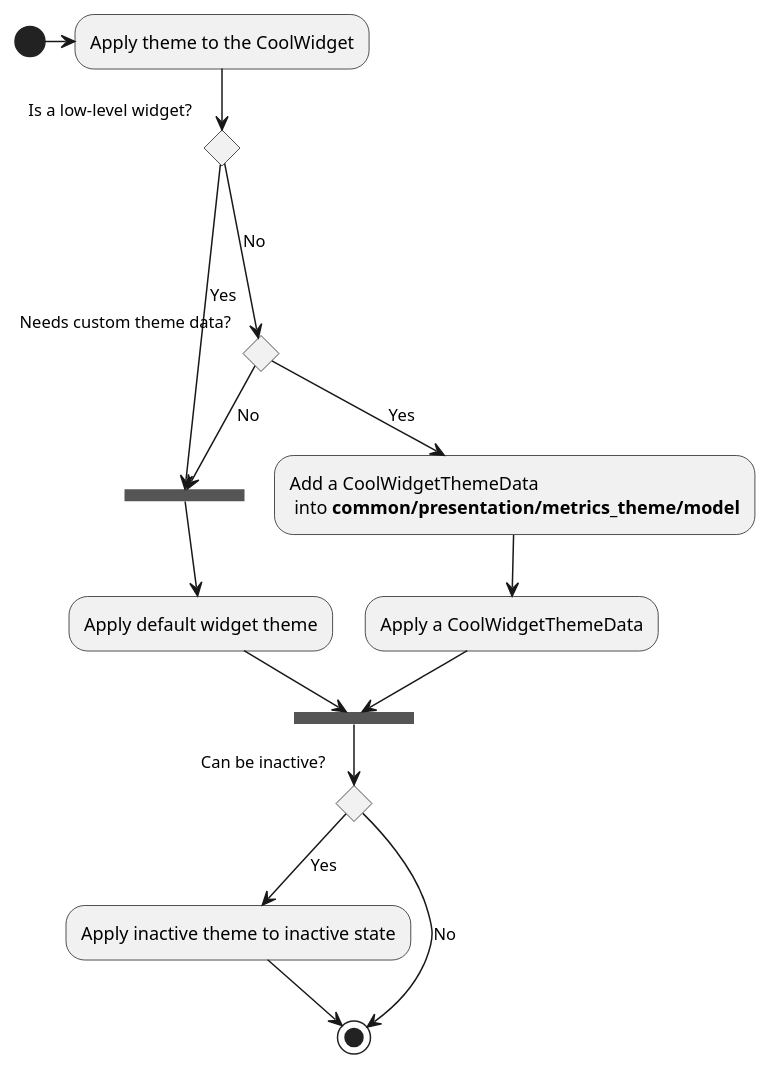
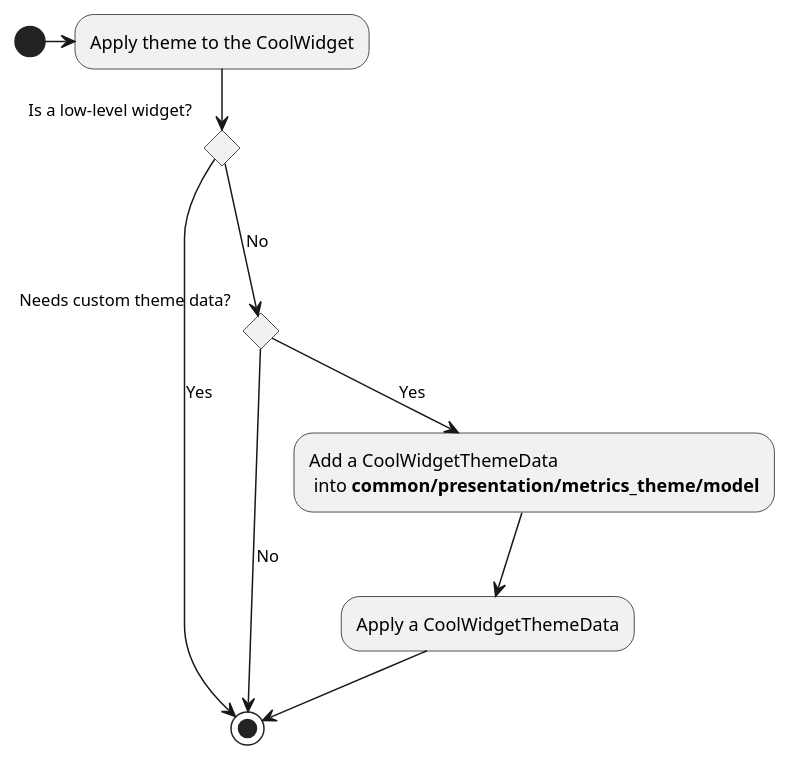
Before and after one commit to Flank/flank-dashboard: the diagram in metrics/web/docs/diagrams/apply_widget_theme_diagram.puml, drawn with PlantUML. The commit also changed 3 other files, not shown here.

```diff
--- a/metrics/web/docs/diagrams/apply_widget_theme_diagram.puml
+++ b/metrics/web/docs/diagrams/apply_widget_theme_diagram.puml
@@ -1,21 +1,13 @@
 @startuml apply_widget_theme_diagram
 (*) -> Apply theme to the CoolWidget
 if Is a low-level widget? then
---> [Yes] ===STEP1===
+--> [Yes] (*)
 else
 ---> [No] if Needs custom theme data? then
 --> [Yes] Add a CoolWidgetThemeData \n into **common/presentation/metrics_theme/model**
 --> Apply a CoolWidgetThemeData
---> ===STEP2===
-else
---> [No] ===STEP1===
-endif
---> Apply default widget theme
---> ===STEP2===
-if Can be inactive? then
---> [Yes] Apply inactive theme to inactive state
 --> (*)
 else
 --> [No] (*)
 endif
 @enduml
```
